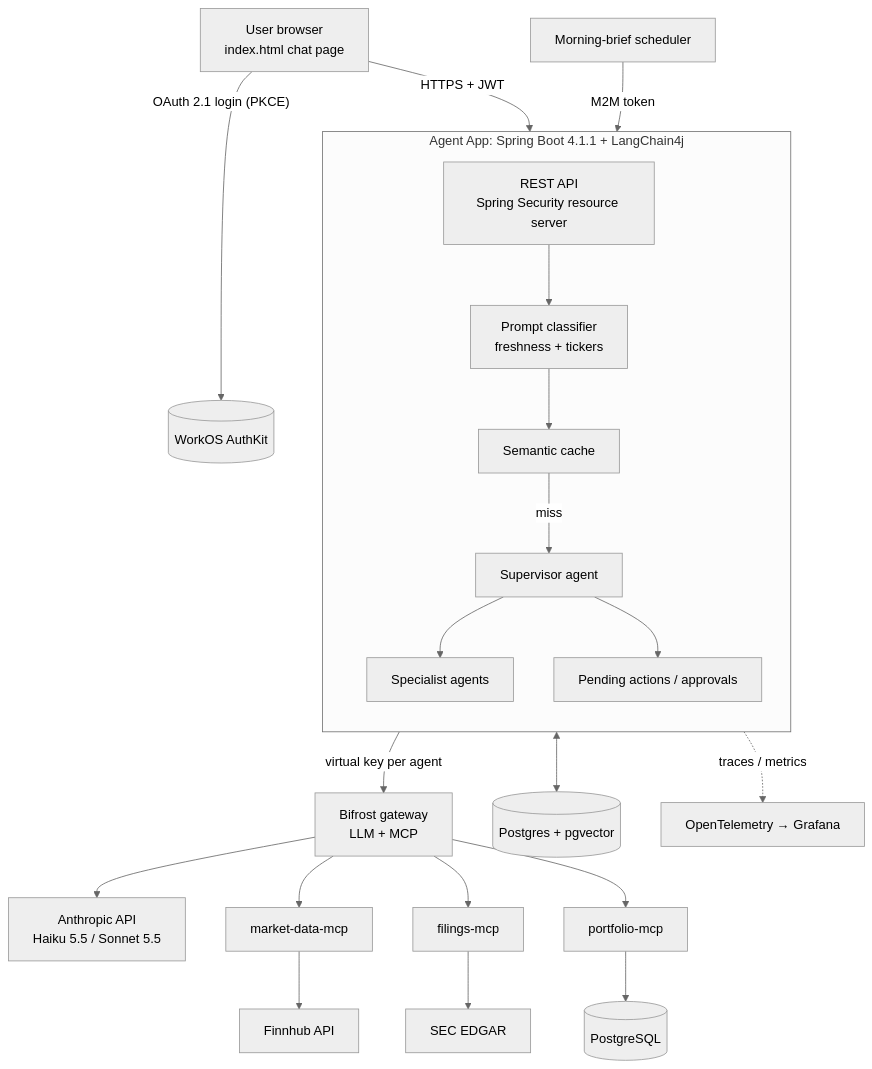
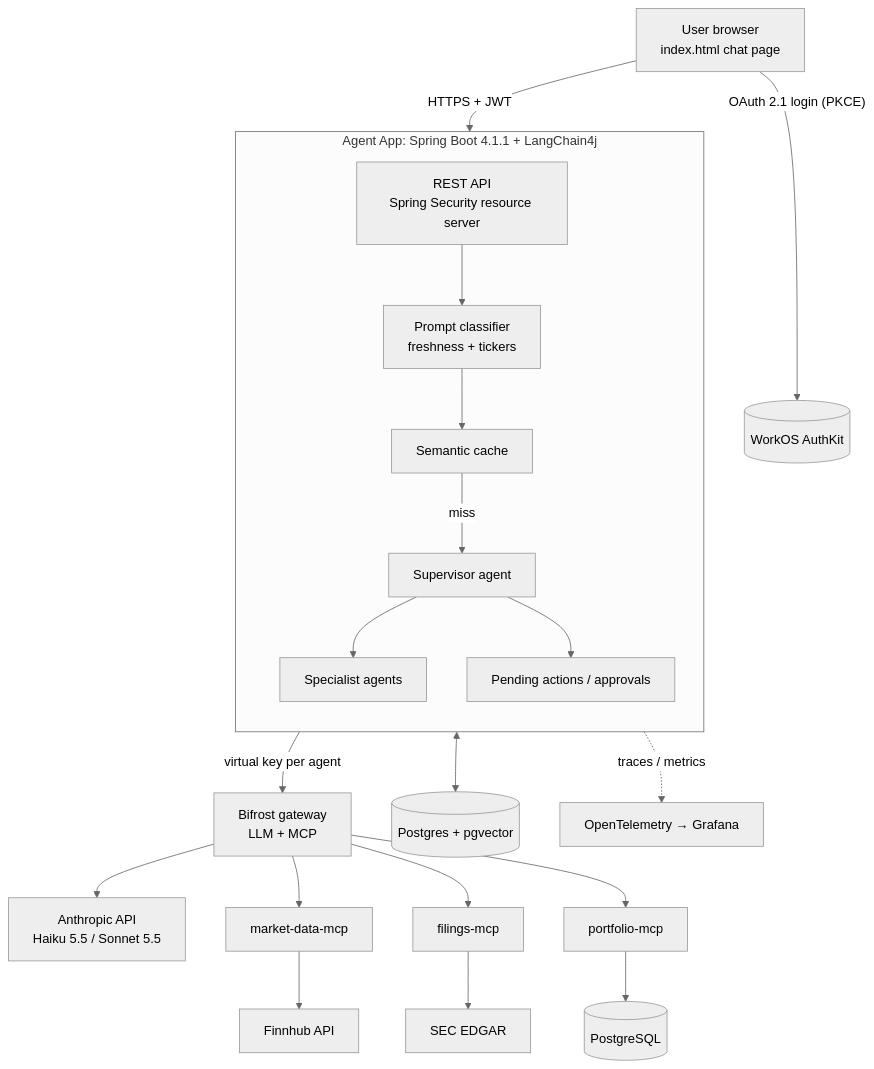
The first of 4 diagrams in docs/requirements/stock-research-agent-spec.md (sri-chalam/stock-research-agent), drawn with Mermaid (neutral theme) before and after one commit. The commit also changed other lines of this file and 5 other files, not shown here.

````diff
--- a/docs/requirements/stock-research-agent-spec.md
+++ b/docs/requirements/stock-research-agent-spec.md
@@ -107,32 +105,31 @@
 ```mermaid
 flowchart TB
     U[User browser<br/>index.html chat page] -- "OAuth 2.1 login (PKCE)" --> WOS[(WorkOS AuthKit)]
     U -- "HTTPS + JWT" --> APP
 
     subgraph APP[Agent App: Spring Boot 4.1.1 + LangChain4j]
       direction TB
       API[REST API<br/>Spring Security resource server]
       CLS[Prompt classifier<br/>freshness + tickers]
       SC[Semantic cache]
       SUP[Supervisor agent]
       SPEC[Specialist agents]
       HITL[Pending actions / approvals]
       API --> CLS --> SC
       SC -- miss --> SUP --> SPEC
       SUP --> HITL
     end
 
     APP -- "virtual key per agent" --> BF[Bifrost gateway<br/>LLM + MCP]
     BF --> CLAUDE[Anthropic API<br/>Haiku 5.5 / Sonnet 5.5]
     BF --> MD[market-data-mcp]
     BF --> FL[filings-mcp]
     BF --> PF[portfolio-mcp]
 
     MD --> FH[Finnhub API]
     FL --> SEC[SEC EDGAR]
     PF --> PG[(PostgreSQL)]
 
     APP <--> PGV[(Postgres + pgvector)]
-    JOB[Morning-brief scheduler] -- "M2M token" --> APP
     APP -. traces / metrics .-> OBS[OpenTelemetry → Grafana]
 ```
````
